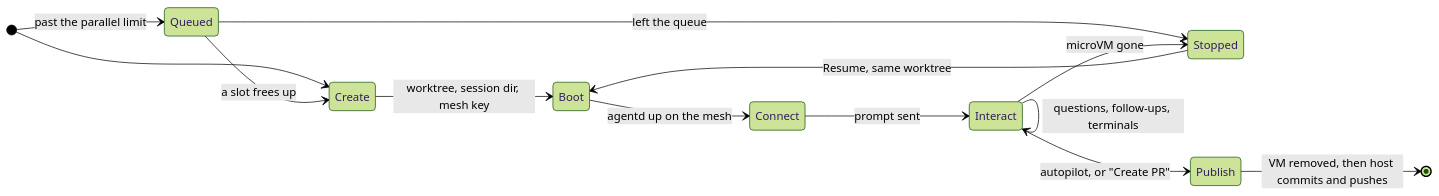
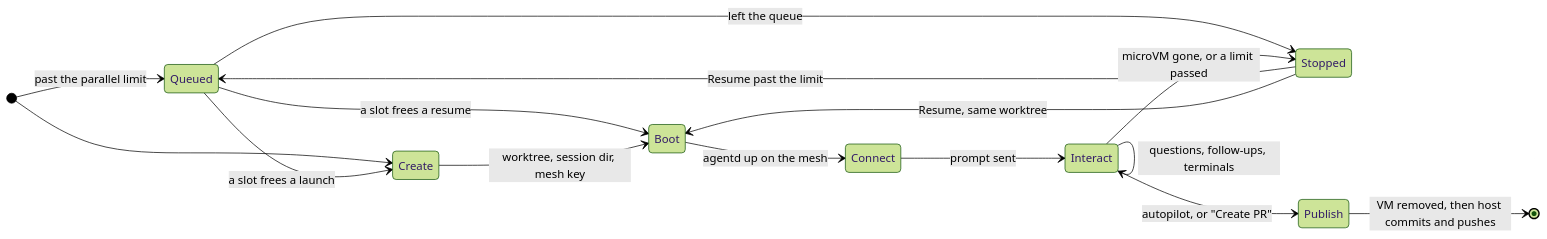
One commit to Colonizer-dev/harness changed the second of 2 diagrams in docs/architecture.md. Above: the diagram before and after it, drawn with Mermaid (forest theme). The commit also changed other lines of this file and 18 other files, not shown here.

````diff
--- a/docs/architecture.md
+++ b/docs/architecture.md
@@ -78,16 +79,18 @@
 ```mermaid
 stateDiagram-v2
   direction LR
   [*] --> Queued: past the parallel limit
   [*] --> Create
-  Queued --> Create: a slot frees up
+  Queued --> Create: a slot frees a launch
+  Queued --> Boot: a slot frees a resume
   Queued --> Stopped: left the queue
   Create --> Boot: worktree, session dir, mesh key
   Boot --> Connect: agentd up on the mesh
   Connect --> Interact: prompt sent
   Interact --> Interact: questions, follow-ups, terminals
   Interact --> Publish: autopilot, or "Create PR"
-  Interact --> Stopped: microVM gone
+  Interact --> Stopped: microVM gone, or a limit passed
+  Stopped --> Queued: Resume past the limit
   Stopped --> Boot: Resume, same worktree
   Publish --> [*]: VM removed, then host commits and pushes
 ```
````
